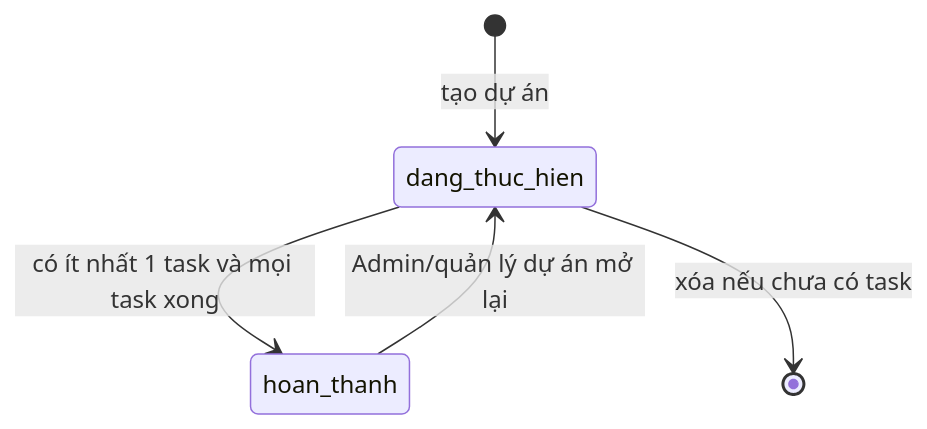
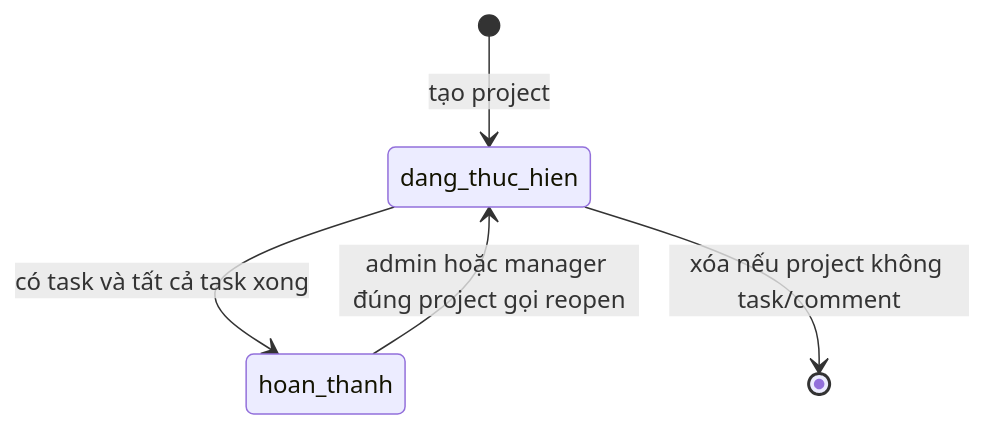
Before and after one commit to kietgamer09/miniERP: the first of 2 diagrams in docs/business/project-domain-analysis.md, drawn with Mermaid. The commit also changed other lines of this file and 6 other files, not shown here.

````diff
--- a/docs/business/project-domain-analysis.md
+++ b/docs/business/project-domain-analysis.md
@@ -27,7 +29,7 @@
 ```mermaid
 stateDiagram-v2
-    [*] --> dang_thuc_hien: tạo dự án
-    dang_thuc_hien --> hoan_thanh: có ít nhất 1 task và mọi task xong
-    hoan_thanh --> dang_thuc_hien: Admin/quản lý dự án mở lại
-    dang_thuc_hien --> [*]: xóa nếu chưa có task
+    [*] --> dang_thuc_hien: tạo project
+    dang_thuc_hien --> hoan_thanh: có task và tất cả task xong
+    hoan_thanh --> dang_thuc_hien: admin hoặc manager đúng project gọi reopen
+    dang_thuc_hien --> [*]: xóa nếu project không task/comment
 ```
````
